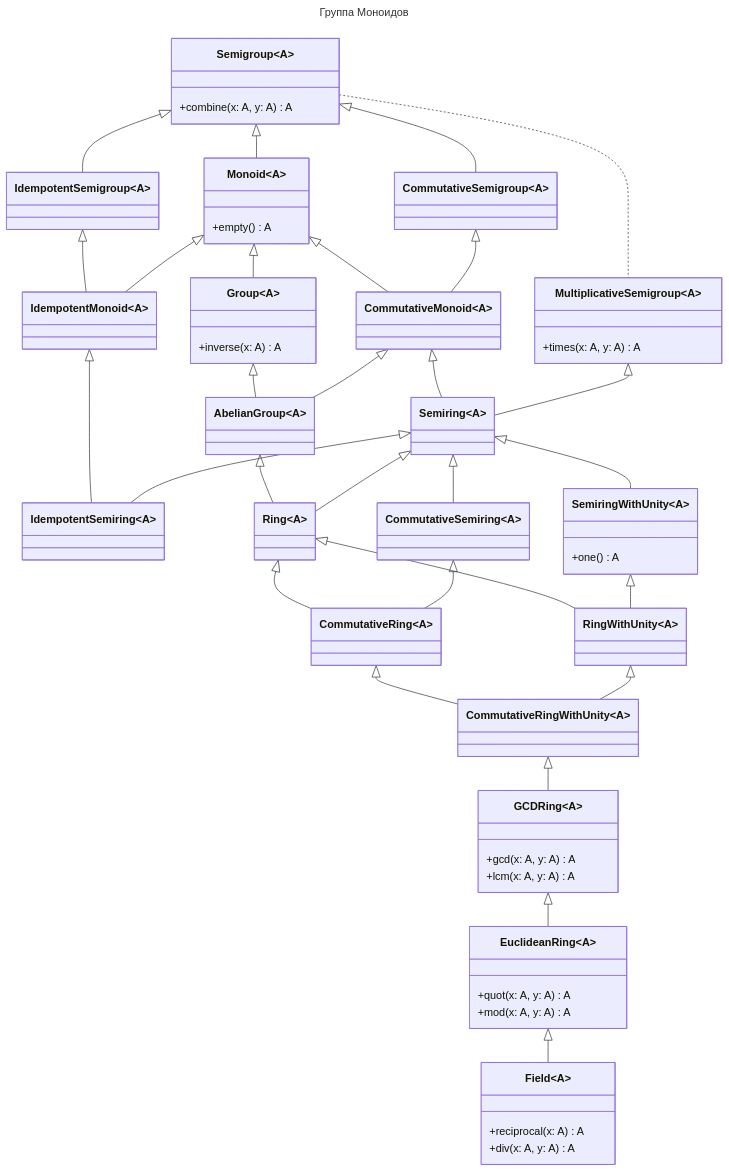
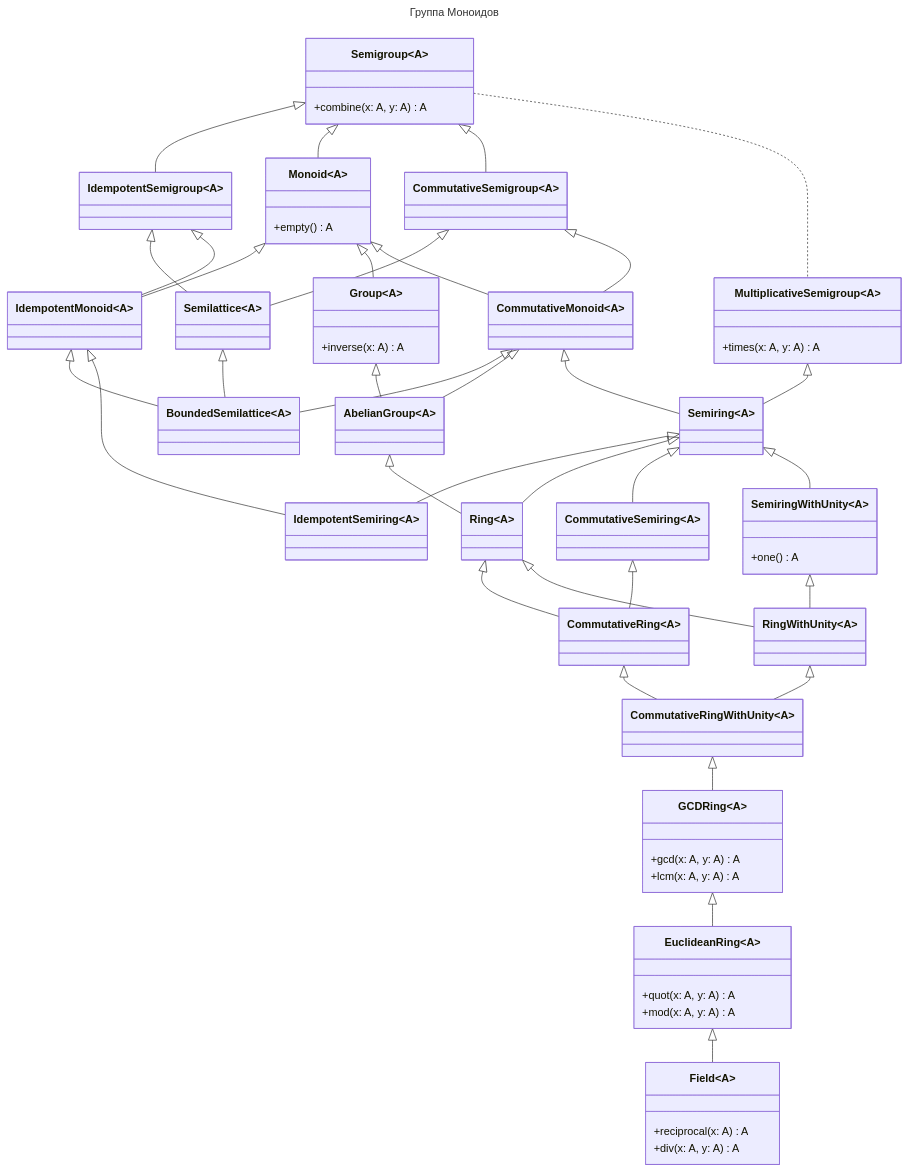
The diagram in docs/typeclass/monoid.md (artemkorsakov/scalabook), drawn with Mermaid before and after one commit. The commit also changed 3 other files, not shown here.

````diff
--- a/docs/typeclass/monoid.md
+++ b/docs/typeclass/monoid.md
@@ -96,73 +96,80 @@
 ```mermaid
 ---
 title: Группа Моноидов
 ---
 classDiagram
     class Semigroup~A~{
         +combine(x: A, y: A) A
     }
     class IdempotentSemigroup~A~
     Semigroup <|-- IdempotentSemigroup    
     class Monoid~A~{
         +empty() A
     }
     Semigroup <|-- Monoid
     class CommutativeSemigroup~A~
-    Semigroup <|-- CommutativeSemigroup  
+    Semigroup <|-- CommutativeSemigroup
+    class Semilattice~A~
+    CommutativeSemigroup <|-- Semilattice
+    IdempotentSemigroup <|-- Semilattice
     class IdempotentMonoid~A~
     IdempotentSemigroup <|-- IdempotentMonoid
     Monoid <|-- IdempotentMonoid
     class Group~A~{
       +inverse(x: A) A
     }  
     Monoid <|-- Group 
     class CommutativeMonoid~A~
     Monoid <|-- CommutativeMonoid
     CommutativeSemigroup <|-- CommutativeMonoid
+    class BoundedSemilattice~A~
+    CommutativeMonoid <|-- BoundedSemilattice
+    IdempotentMonoid <|-- BoundedSemilattice
+    Semilattice <|-- BoundedSemilattice
     class AbelianGroup~A~
     Group <|-- AbelianGroup
     CommutativeMonoid <|-- AbelianGroup
     class Semiring~A~
     CommutativeMonoid <|-- Semiring
     class MultiplicativeSemigroup~A~{
         +times(x: A, y: A) A
     }
     MultiplicativeSemigroup <|-- Semiring
     Semigroup .. MultiplicativeSemigroup
     class IdempotentSemiring~A~
     IdempotentMonoid <|-- IdempotentSemiring
     Semiring <|-- IdempotentSemiring
     class Ring~A~
     AbelianGroup <|-- Ring
     Semiring <|-- Ring
     class CommutativeSemiring~A~
     Semiring <|-- CommutativeSemiring
     class SemiringWithUnity~A~{
         +one() A
     }
     Semiring <|-- SemiringWithUnity
     class CommutativeRing~A~
     Ring <|-- CommutativeRing
     CommutativeSemiring <|-- CommutativeRing
     class RingWithUnity~A~
     Ring <|-- RingWithUnity
     SemiringWithUnity <|-- RingWithUnity
     class CommutativeRingWithUnity~A~
     CommutativeRing <|-- CommutativeRingWithUnity
     RingWithUnity <|-- CommutativeRingWithUnity
     class GCDRing~A~{
         +gcd(x: A, y: A) A
         +lcm(x: A, y: A) A
     }
     CommutativeRingWithUnity <|-- GCDRing
     class EuclideanRing~A~{
         +quot(x: A, y: A) A
         +mod(x: A, y: A) A
     }
     GCDRing <|-- EuclideanRing
     class Field~A~{
         +reciprocal(x: A) A
         +div(x: A, y: A) A
     }
     EuclideanRing <|-- Field
 ```
````
